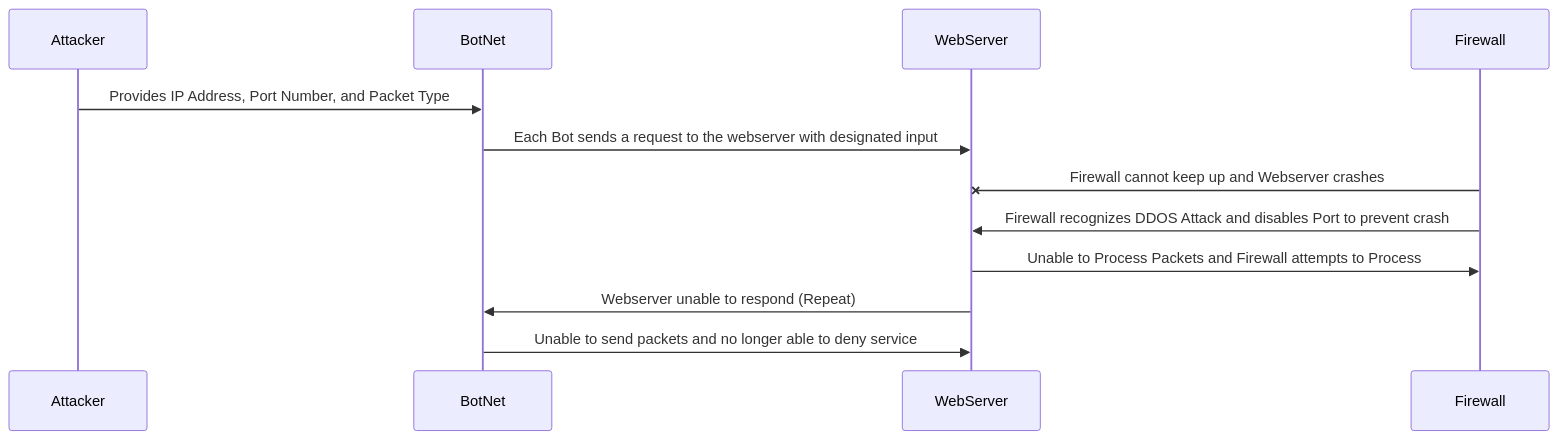
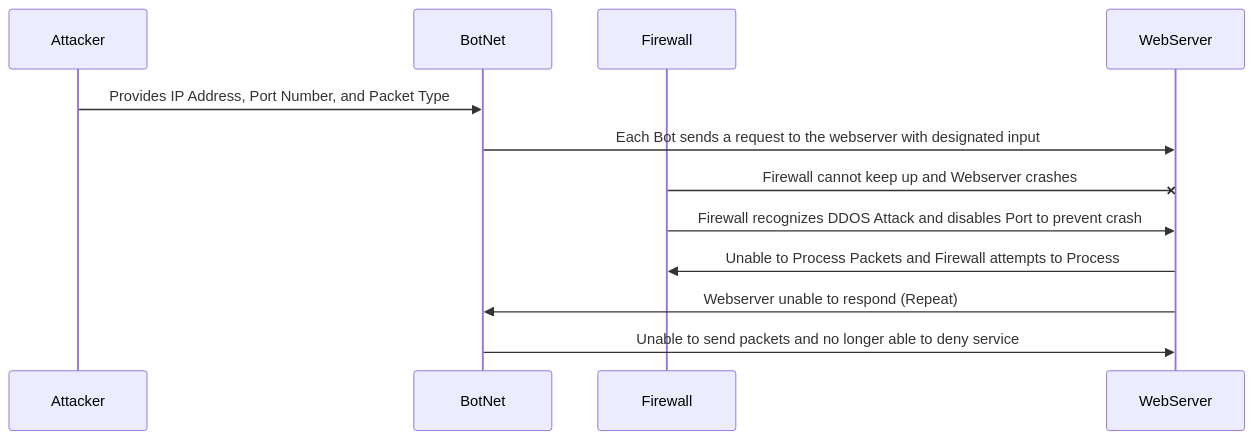
The diagram in Mermaid Diagram/DDOS_Attack_Sequence.md (JrJennings-Edu/JrJennings.github.io), drawn with Mermaid before and after one commit.

````diff
--- a/Mermaid Diagram/DDOS_Attack_Sequence.md
+++ b/Mermaid Diagram/DDOS_Attack_Sequence.md
@@ -1,15 +1,16 @@
 ```mermaid
 sequenceDiagram
 participant Attacker
 participant BotNet
+participant Firewall
 participant WebServer
-participant Firewall
+
 
 	Attacker ->> BotNet: Provides IP Address, Port Number, and Packet Type
 	BotNet ->> WebServer: Each Bot sends a request to the webserver with designated input
 	Firewall -x WebServer: Firewall cannot keep up and Webserver crashes
 	Firewall ->> WebServer: Firewall recognizes DDOS Attack and disables Port to prevent crash
 	WebServer ->> Firewall: Unable to Process Packets and Firewall attempts to Process
 	WebServer ->> BotNet: Webserver unable to respond (Repeat)
 	BotNet ->> WebServer: Unable to send packets and no longer able to deny service
 ```
````
